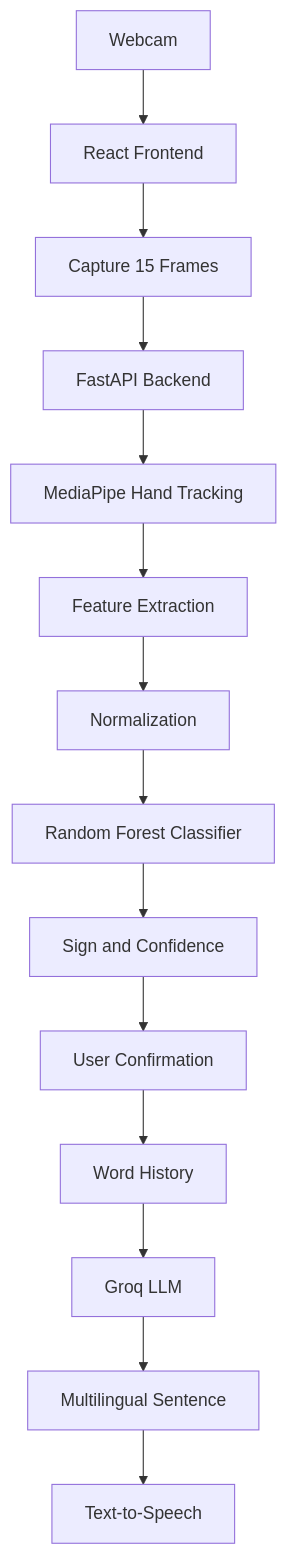
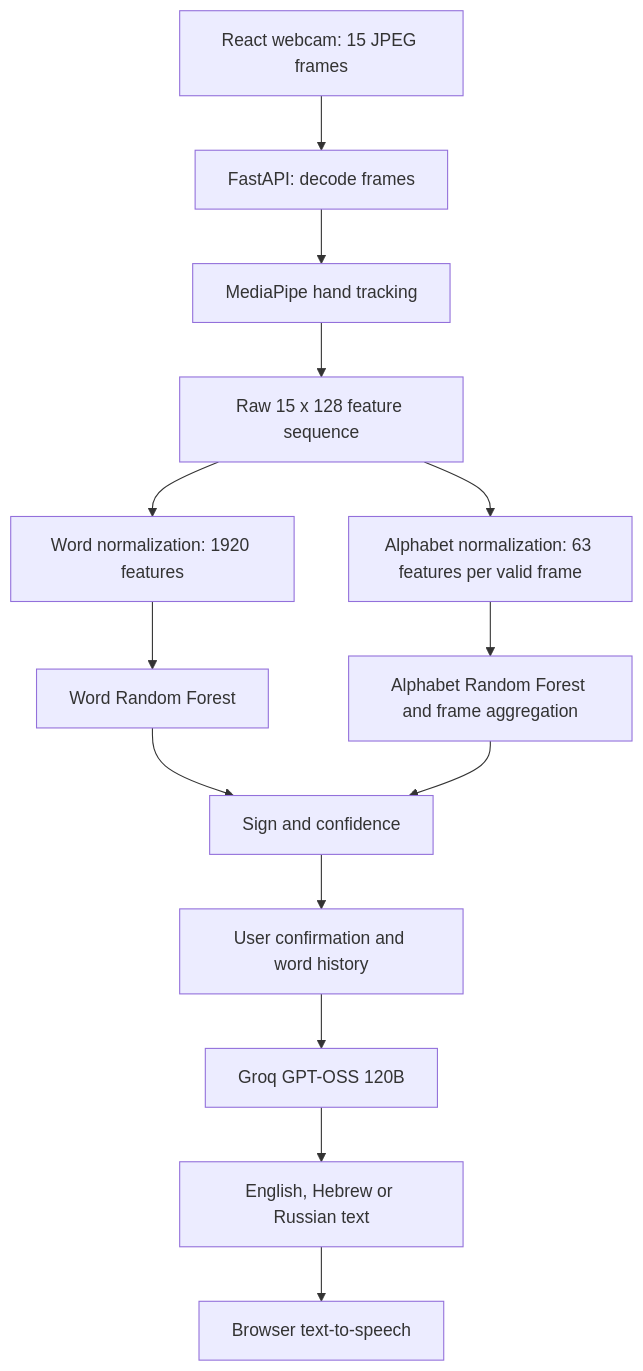
The diagram in README.md (ComplexTime/SilentVoice), drawn with Mermaid before and after one commit. The commit also changed other lines of this file and 1 other file, not shown here.

````diff
--- a/README.md
+++ b/README.md
@@ -70,16 +26,16 @@
 ```mermaid
 flowchart TD
-    A[Webcam] --> B[React Frontend]
-    B --> C[Capture 15 Frames]
-    C --> D[FastAPI Backend]
-    D --> E[MediaPipe Hand Tracking]
-    E --> F[Feature Extraction]
-    F --> G[Normalization]
-    G --> H[Random Forest Classifier]
-    H --> I[Sign and Confidence]
-    I --> J[User Confirmation]
-    J --> K[Word History]
-    K --> L[Groq LLM]
-    L --> M[Multilingual Sentence]
-    M --> N[Text-to-Speech]
+    A[React webcam: 15 JPEG frames] --> B[FastAPI: decode frames]
+    B --> C[MediaPipe hand tracking]
+    C --> D[Raw 15 x 128 feature sequence]
+    D --> E[Word normalization: 1920 features]
+    D --> F[Alphabet normalization: 63 features per valid frame]
+    E --> G[Word Random Forest]
+    F --> H[Alphabet Random Forest and frame aggregation]
+    G --> I[Sign and confidence]
+    H --> I
+    I --> J[User confirmation and word history]
+    J --> K[Groq GPT-OSS 120B]
+    K --> L[English, Hebrew or Russian text]
+    L --> M[Browser text-to-speech]
 ```
````
